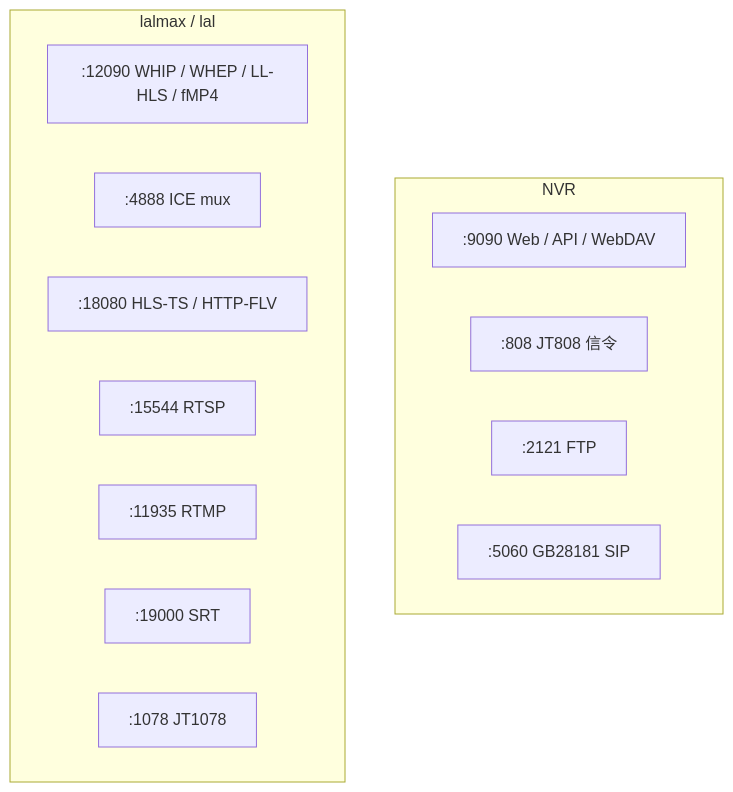
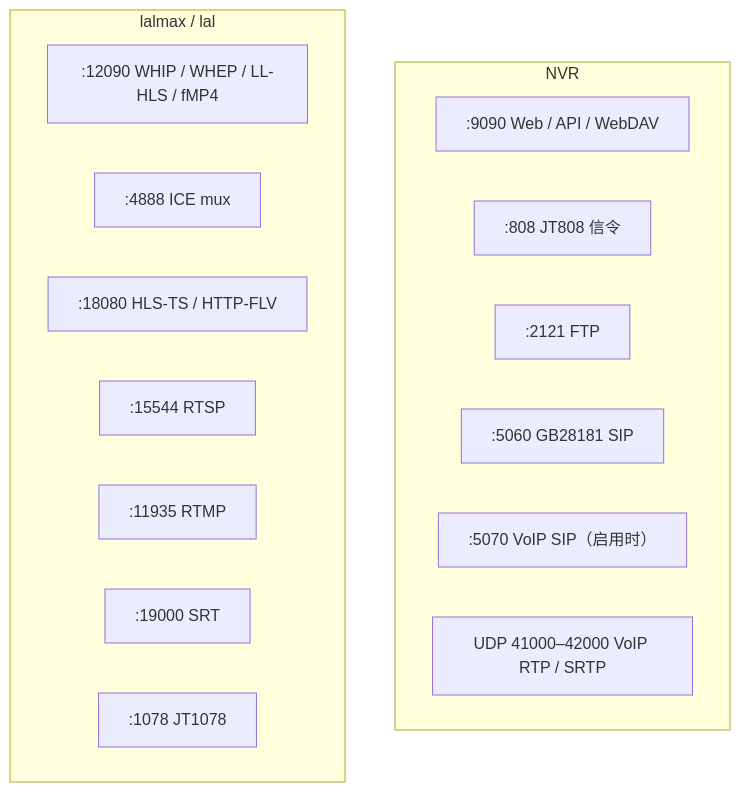
The seventh of 7 diagrams in docs/zh/architecture.md (lalmax-pro/lalmax-nvr), drawn with Mermaid before and after one commit. The commit also changed other lines of this file and 1 other file, not shown here.

Commit message:
docs: show VoIP paths in architecture diagrams

````diff
--- a/docs/zh/architecture.md
+++ b/docs/zh/architecture.md
@@ -236,18 +265,20 @@
 ```mermaid
 flowchart TB
   subgraph nvrPort [NVR]
     P9090[":9090 Web / API / WebDAV"]
     P808[":808 JT808 信令"]
     P2121[":2121 FTP"]
     P5060[":5060 GB28181 SIP"]
+    P5070[":5070 VoIP SIP（启用时）"]
+    PVoIPRTP["UDP 41000–42000 VoIP RTP / SRTP"]
   end
   subgraph lalPort [lalmax / lal]
     P12090[":12090 WHIP / WHEP / LL-HLS / fMP4"]
     P4888[":4888 ICE mux"]
     P18080[":18080 HLS-TS / HTTP-FLV"]
     P15544[":15544 RTSP"]
     P11935[":11935 RTMP"]
     P19000[":19000 SRT"]
     P1078[":1078 JT1078"]
   end
 ```
````
